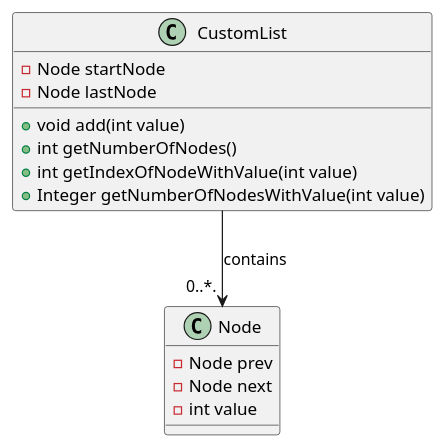
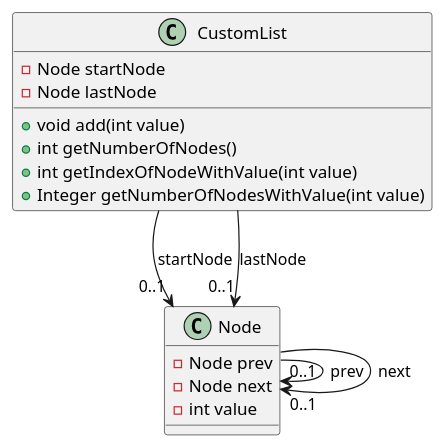
The diagram in README.md (augustosalazar/j_list_template), drawn with PlantUML before and after one commit.

````diff
--- a/README.md
+++ b/README.md
@@ -4,24 +4,28 @@
 ```plantuml
+
 @startuml
 
 
 class Node {
     - Node prev
     - Node next
     - int value
 }
 
 class CustomList {
     - Node startNode
     - Node lastNode
     + void add(int value)
     + int getNumberOfNodes()
     + int getIndexOfNodeWithValue(int value)
     + Integer getNumberOfNodesWithValue(int value)
 }
 
-CustomList  --> "0..*. " Node :  contains
+CustomList  --> "0..1" Node :  startNode
+CustomList  --> "0..1" Node :  lastNode
 
+Node --> "0..1" Node : prev
+Node --> "0..1" Node : next
 
 @enduml
 ```
````
